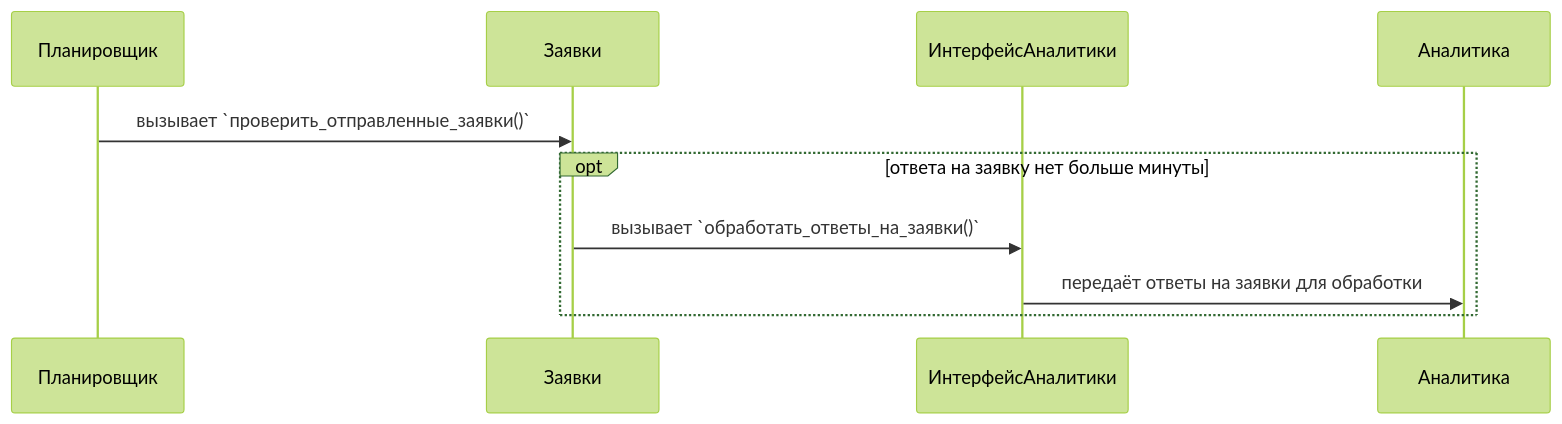
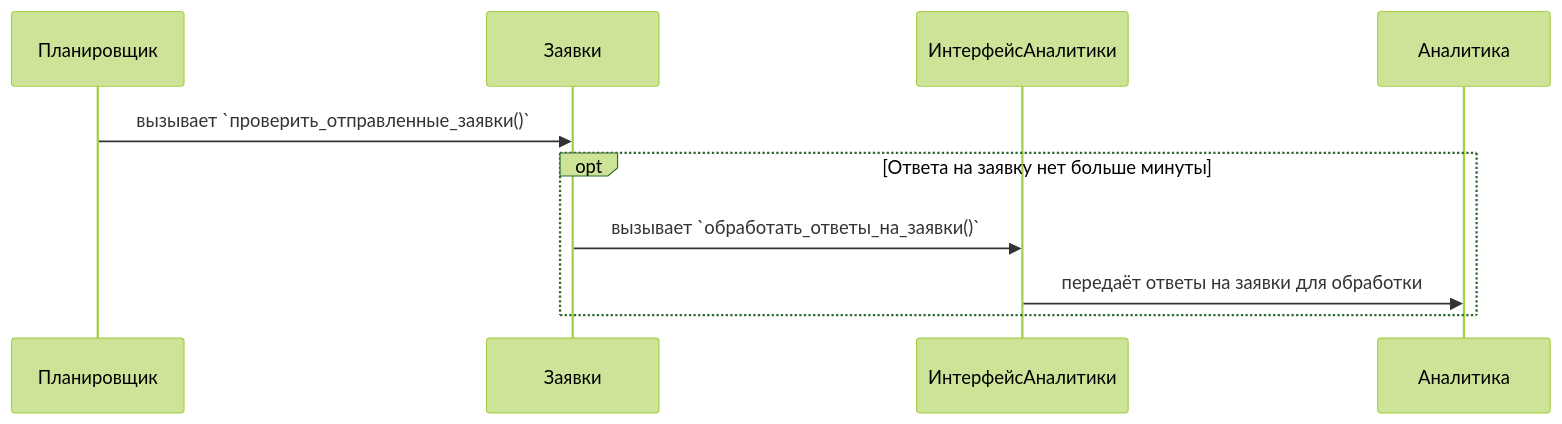
Diagram 20 of 23 in robot-logic.md (Marat22/MiriadRobotDocs), drawn with Mermaid (forest theme) before and after one commit. The commit also changed other lines of this file, not shown here.

````diff
--- a/robot-logic.md
+++ b/robot-logic.md
@@ -543,8 +569,8 @@
 ```mermaid
 sequenceDiagram
   Планировщик->>Заявки: вызывает `проверить_отправленные_заявки()`
-  opt ответа на заявку нет больше минуты
+  opt Ответа на заявку нет больше минуты
   Заявки->>ИнтерфейсАналитики: вызывает `обработать_ответы_на_заявки()`
   ИнтерфейсАналитики->>Аналитика: передаёт ответы на заявки для обработки
   end
 ```
````
